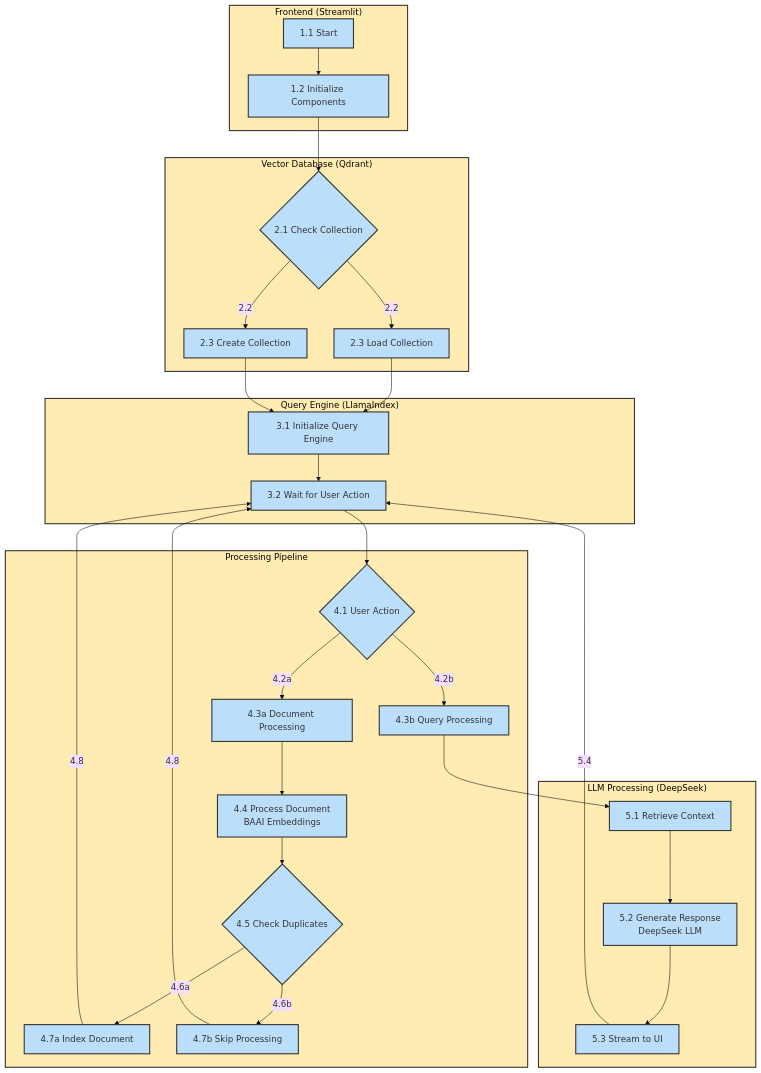
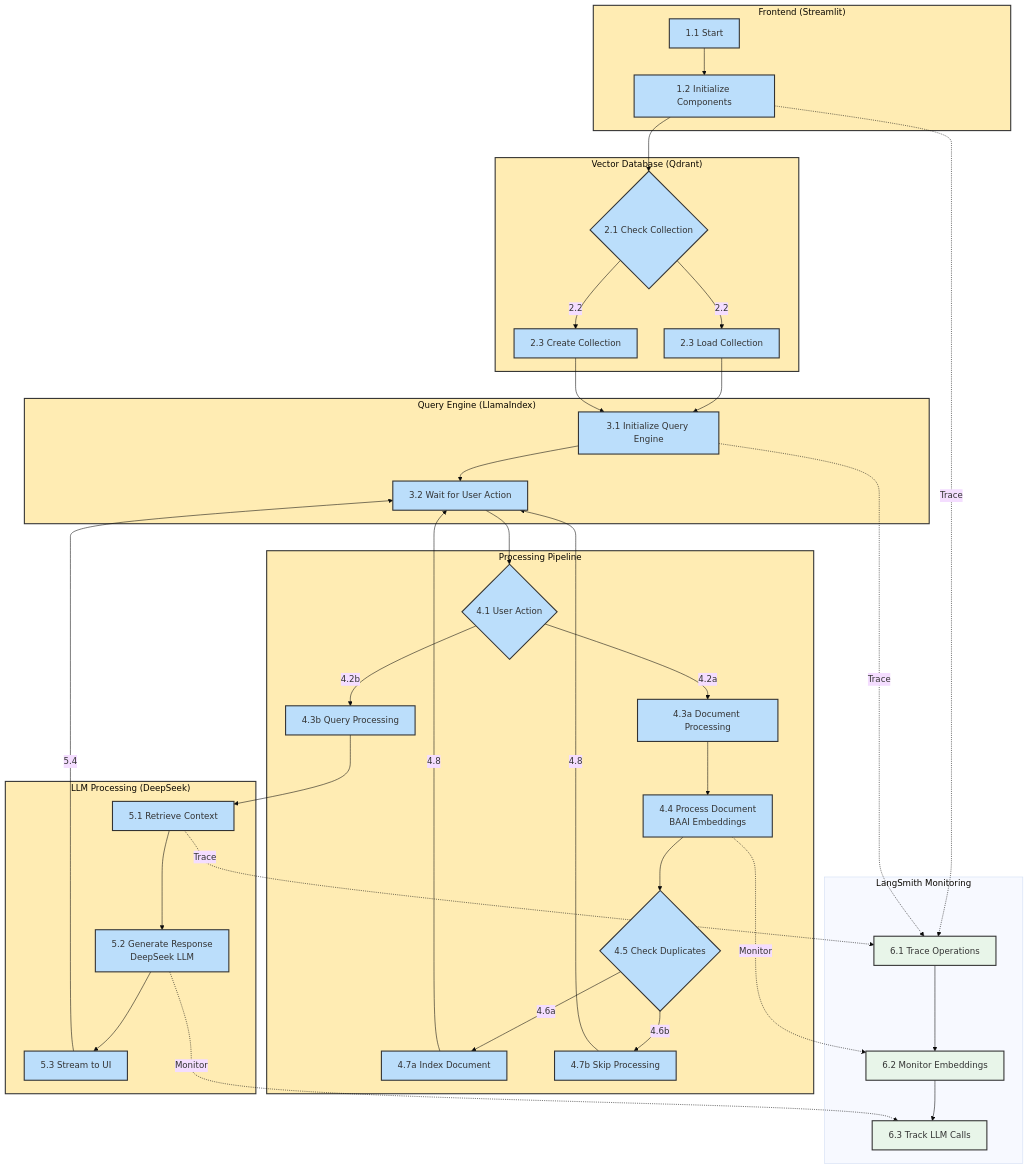
The diagram in WORKFLOW.md (vinoth12940/Deepseek_RAG), drawn with Mermaid (base theme) before and after one commit. The commit also changed other lines of this file, not shown here.

Commit message:
Add LangSmith Monitoring to Workflow Diagram and Documentation

````diff
--- a/WORKFLOW.md
+++ b/WORKFLOW.md
@@ -3,46 +3,64 @@
 ```mermaid
 graph TD
     subgraph Frontend["Frontend (Streamlit)"]
         A["1.1 Start"] --> B["1.2 Initialize Components"]
     end
 
     subgraph Database["Vector Database (Qdrant)"]
         B --> C{"2.1 Check Collection"}
         C -->|"2.2"| D["2.3 Load Collection"]
         C -->|"2.2"| E["2.3 Create Collection"]
     end
 
     subgraph QueryEngine["Query Engine (LlamaIndex)"]
         D --> F["3.1 Initialize Query Engine"]
         E --> F
         F --> G["3.2 Wait for User Action"]
     end
 
     subgraph Processing["Processing Pipeline"]
         G --> H{"4.1 User Action"}
         H -->|"4.2a"| I["4.3a Document Processing"]
         H -->|"4.2b"| J["4.3b Query Processing"]
         
         I --> K["4.4 Process Document<br/>BAAI Embeddings"]
         K --> L{"4.5 Check Duplicates"}
         L -->|"4.6a"| M["4.7a Index Document"]
         L -->|"4.6b"| N["4.7b Skip Processing"]
     end
 
     subgraph LLM["LLM Processing (DeepSeek)"]
         J --> O["5.1 Retrieve Context"]
         O --> P["5.2 Generate Response<br/>DeepSeek LLM"]
         P --> Q["5.3 Stream to UI"]
     end
 
+    subgraph Monitoring["LangSmith Monitoring"]
+        T["6.1 Trace Operations"]
+        R["6.2 Monitor Embeddings"]
+        S["6.3 Track LLM Calls"]
+        
+        T --> R
+        R --> S
+    end
+
     M -->|"4.8"| G
     N -->|"4.8"| G
     Q -->|"5.4"| G
 
+    %% LangSmith Monitoring Connections
+    K -.->|"Monitor"| R
+    P -.->|"Monitor"| S
+    B -.->|"Trace"| T
+    F -.->|"Trace"| T
+    O -.->|"Trace"| T
+
     classDef default fill:#f9f9f9,stroke:#333,stroke-width:2px
     classDef process fill:#bbdefb,stroke:#333,stroke-width:2px
     classDef special fill:#ffecb3,stroke:#333,stroke-width:2px
+    classDef monitor fill:#e8f5e9,stroke:#333,stroke-width:2px
     
     class A,B,C,D,E,F,G,H,I,J,K,L,M,N,O,P,Q process
     class Frontend,Database,QueryEngine,Processing,LLM special
+    class T,R,S monitor
 ```
````
